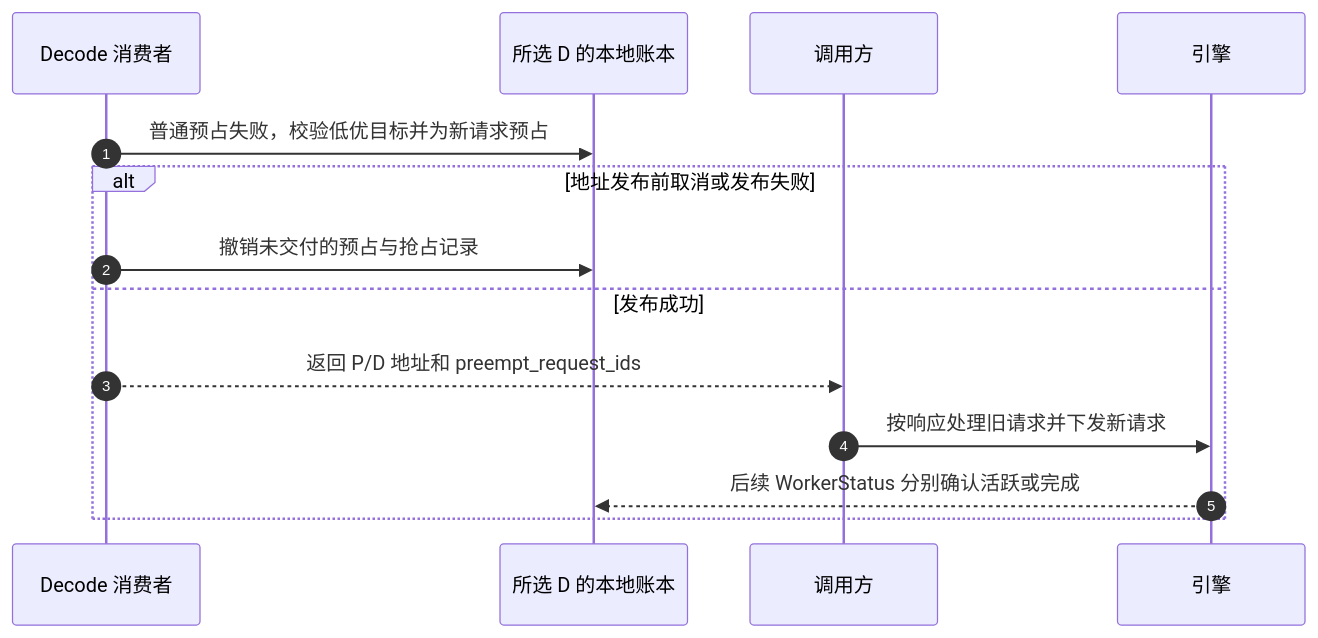
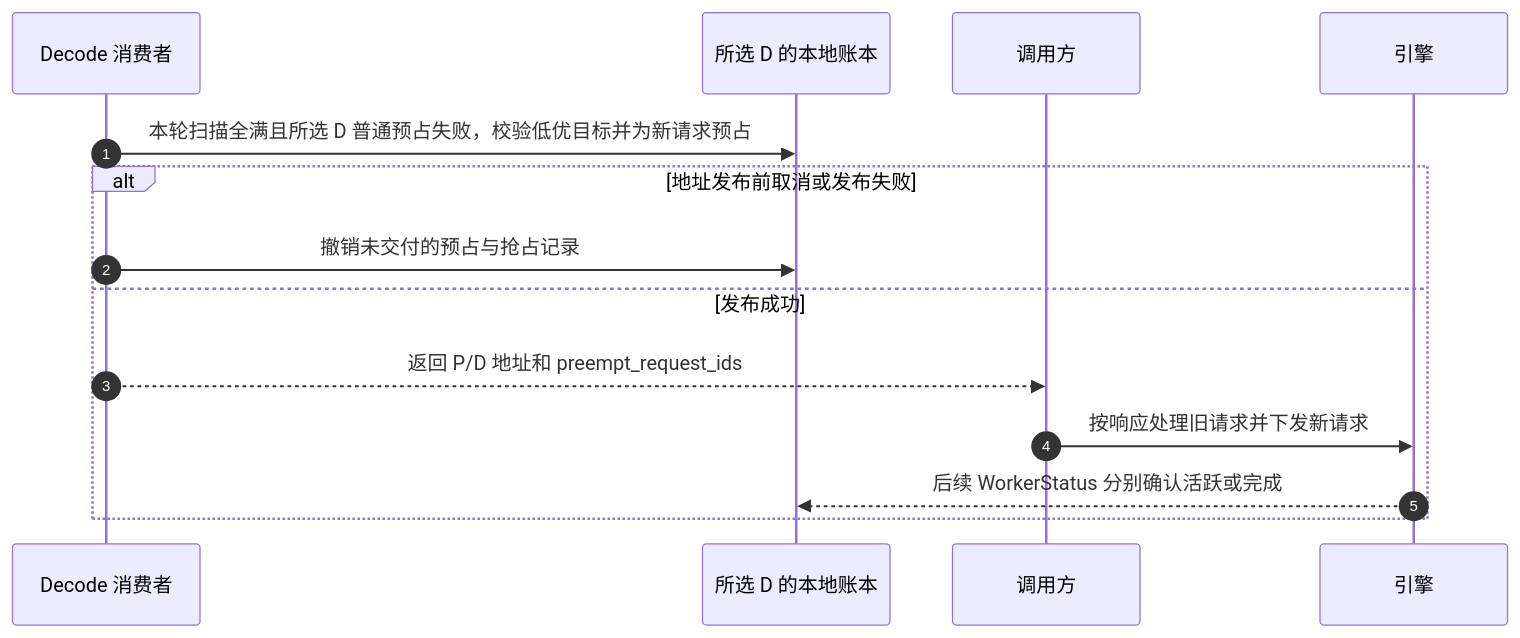
One commit to sunmiaozju/rtp-llm changed the third of 3 diagrams in rtp_llm/flexlb/docs/design/scheduling/01-autotpm.md. Above: the diagram before and after it, drawn with Mermaid. The commit also changed other lines of this file and 8 other files, not shown here.

````diff
--- a/rtp_llm/flexlb/docs/design/scheduling/01-autotpm.md
+++ b/rtp_llm/flexlb/docs/design/scheduling/01-autotpm.md
@@ -95,16 +95,16 @@
 ```mermaid
 sequenceDiagram
     autonumber
     participant D as Decode 消费者
     participant L as 所选 D 的本地账本
     participant C as 调用方
     participant E as 引擎
-    D->>L: 普通预占失败，校验低优目标并为新请求预占
+    D->>L: 本轮扫描全满且所选 D 普通预占失败，校验低优目标并为新请求预占
     alt 地址发布前取消或发布失败
         D->>L: 撤销未交付的预占与抢占记录
     else 发布成功
         D-->>C: 返回 P/D 地址和 preempt_request_ids
         C->>E: 按响应处理旧请求并下发新请求
         E-->>L: 后续 WorkerStatus 分别确认活跃或完成
     end
 ```
````
